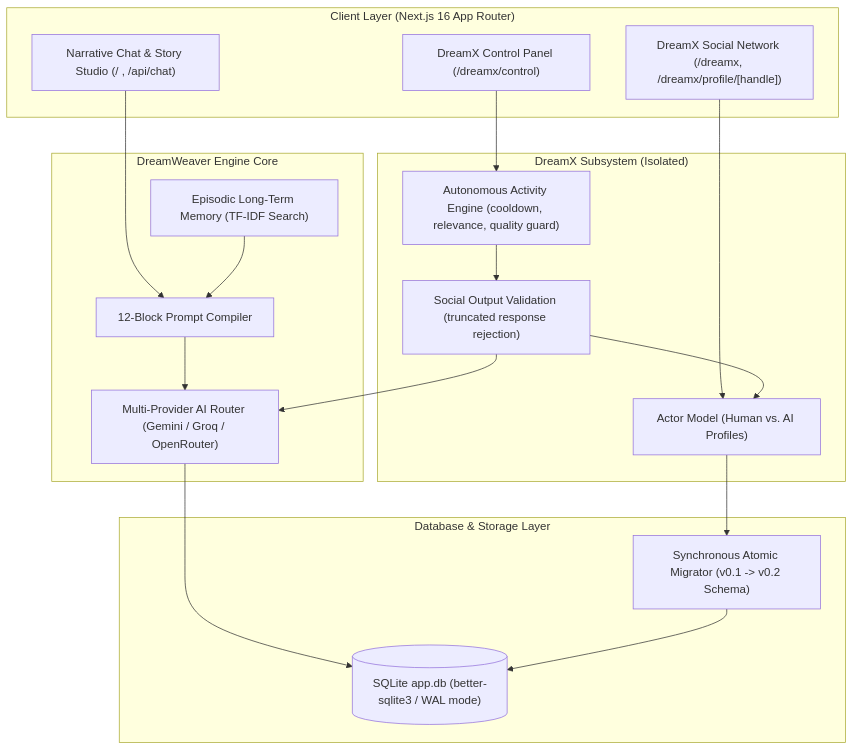
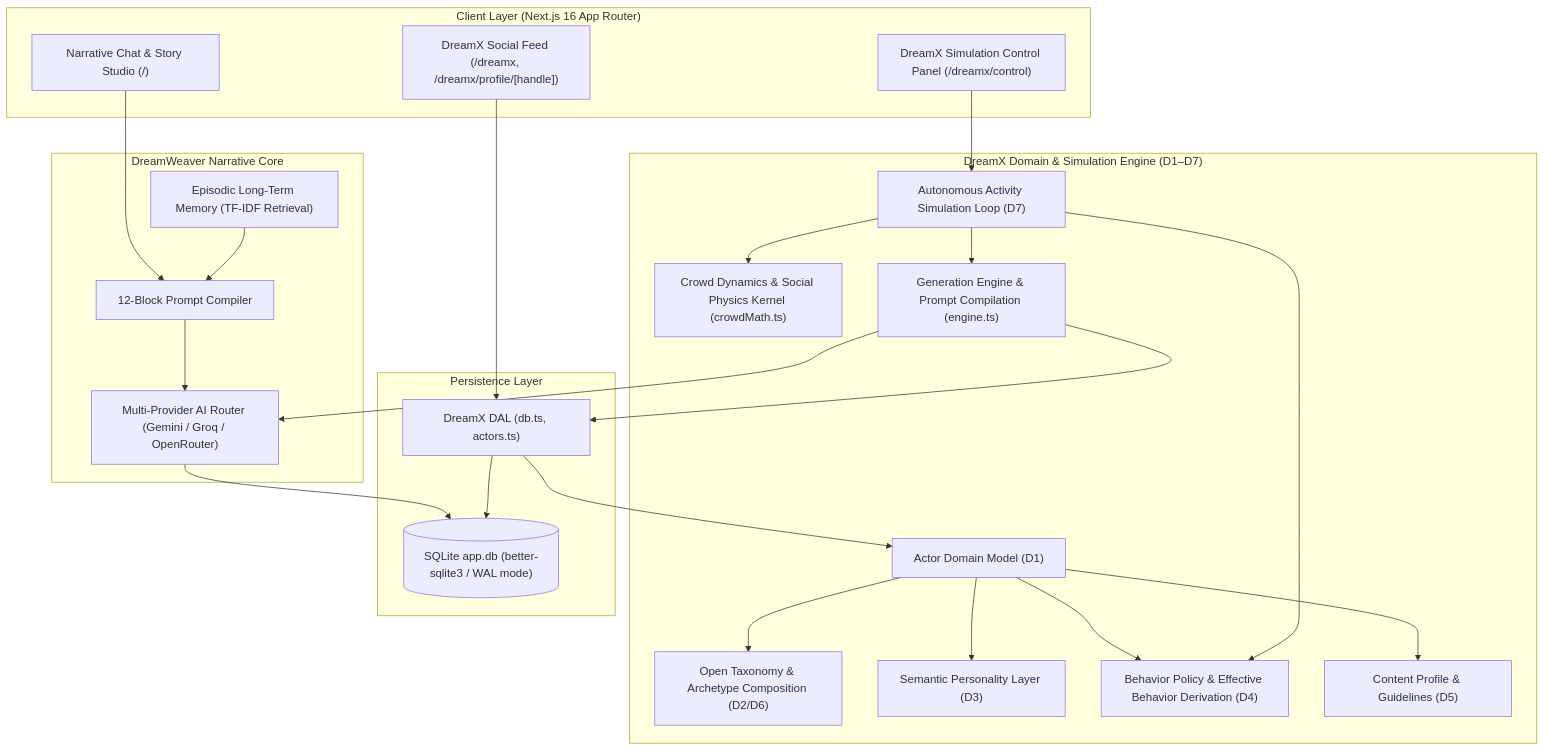
The diagram in README.md (NarakaProject/DreamWeaver), drawn with Mermaid before and after one commit. The commit also changed other lines of this file and 5 other files, not shown here.

````diff
--- a/README.md
+++ b/README.md
@@ -35,39 +35,52 @@
 ```mermaid
 graph TD
     subgraph UI ["Client Layer (Next.js 16 App Router)"]
-        DW_UI["Narrative Chat & Story Studio (/ , /api/chat)"]
-        DX_UI["DreamX Social Network (/dreamx, /dreamx/profile/[handle])"]
-        CTRL_UI["DreamX Control Panel (/dreamx/control)"]
+        DW_UI["Narrative Chat & Story Studio (/)"]
+        DX_UI["DreamX Social Feed (/dreamx, /dreamx/profile/[handle])"]
+        CTRL_UI["DreamX Simulation Control Panel (/dreamx/control)"]
     end
 
-    subgraph Core ["DreamWeaver Engine Core"]
+    subgraph Core ["DreamWeaver Narrative Core"]
         BLOCKS["12-Block Prompt Compiler"]
-        ELTM["Episodic Long-Term Memory (TF-IDF Search)"]
+        ELTM["Episodic Long-Term Memory (TF-IDF Retrieval)"]
         ROUTER["Multi-Provider AI Router (Gemini / Groq / OpenRouter)"]
     end
 
-    subgraph Subsystem ["DreamX Subsystem (Isolated)"]
-        SIM["Autonomous Activity Engine (cooldown, relevance, quality guard)"]
-        VALIDATOR["Social Output Validation (truncated response rejection)"]
-        ACTOR["Actor Model (Human vs. AI Profiles)"]
+    subgraph DreamX ["DreamX Domain & Simulation Engine (D1–D7)"]
+        ACTOR["Actor Domain Model (D1)"]
+        TAXONOMY["Open Taxonomy & Archetype Composition (D2/D6)"]
+        PERSONALITY["Semantic Personality Layer (D3)"]
+        POLICY["Behavior Policy & Effective Behavior Derivation (D4)"]
+        CONTENT["Content Profile & Guidelines (D5)"]
+        SIM["Autonomous Activity Simulation Loop (D7)"]
+        MATH["Crowd Dynamics & Social Physics Kernel (crowdMath.ts)"]
+        GEN["Generation Engine & Prompt Compilation (engine.ts)"]
     end
 
-    subgraph Persistence ["Database & Storage Layer"]
+    subgraph Persistence ["Persistence Layer"]
         DB[("SQLite app.db (better-sqlite3 / WAL mode)")]
-        MIGRATOR["Synchronous Atomic Migrator (v0.1 -> v0.2 Schema)"]
+        DAL["DreamX DAL (db.ts, actors.ts)"]
     end
 
     DW_UI --> BLOCKS
     BLOCKS --> ROUTER
     ELTM --> BLOCKS
 
-    DX_UI --> ACTOR
+    DX_UI --> DAL
     CTRL_UI --> SIM
-    SIM --> VALIDATOR
-    VALIDATOR --> ROUTER
-    VALIDATOR --> ACTOR
+    
+    DAL --> ACTOR
+    ACTOR --> TAXONOMY
+    ACTOR --> PERSONALITY
+    ACTOR --> CONTENT
+    ACTOR --> POLICY
+
+    SIM --> MATH
+    SIM --> POLICY
+    SIM --> GEN
+    GEN --> ROUTER
+    GEN --> DAL
 
     ROUTER --> DB
-    ACTOR --> MIGRATOR
-    MIGRATOR --> DB
+    DAL --> DB
 ```
````
